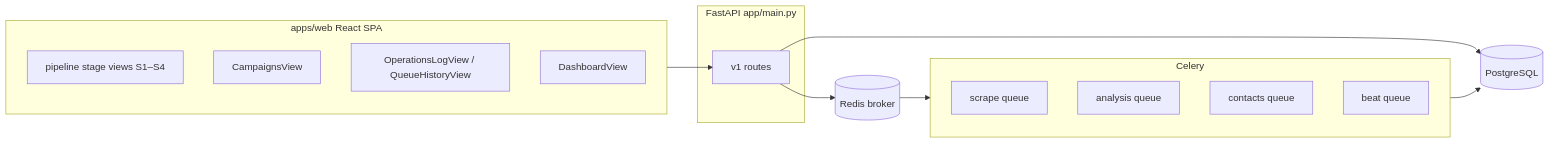
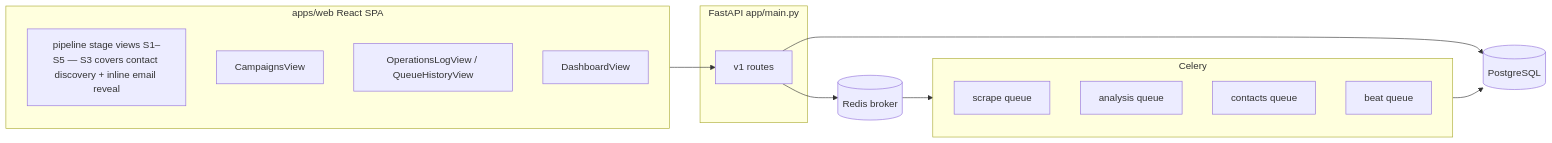
The diagram in docs/repository-mental-model.md (invaritech-ai/prospect-shortlisting), drawn with Mermaid before and after one commit. The commit also changed other lines of this file and 6 other files, not shown here.

First line of the commit message:
refactor(pipeline): remove S4 stage from queue history and docs

````diff
--- a/docs/repository-mental-model.md
+++ b/docs/repository-mental-model.md
@@ -9,23 +15,23 @@
 ```mermaid
 flowchart LR
   subgraph ui [apps/web React SPA]
-    Pipeline[pipeline stage views S1–S4]
+    Pipeline[pipeline stage views S1–S5 — S3 covers contact discovery + inline email reveal]
     Campaigns[CampaignsView]
     Ops[OperationsLogView / QueueHistoryView]
     Dash[DashboardView]
   end
   subgraph api [FastAPI app/main.py]
     Routes[v1 routes]
   end
   subgraph workers [Celery]
     scrapeQ[scrape queue]
     analysisQ[analysis queue]
     contactsQ[contacts queue]
     beatQ[beat queue]
   end
   ui --> Routes
   Routes --> PG[(PostgreSQL)]
   Routes --> Redis[(Redis broker)]
   Redis --> workers
   workers --> PG
 ```
````
